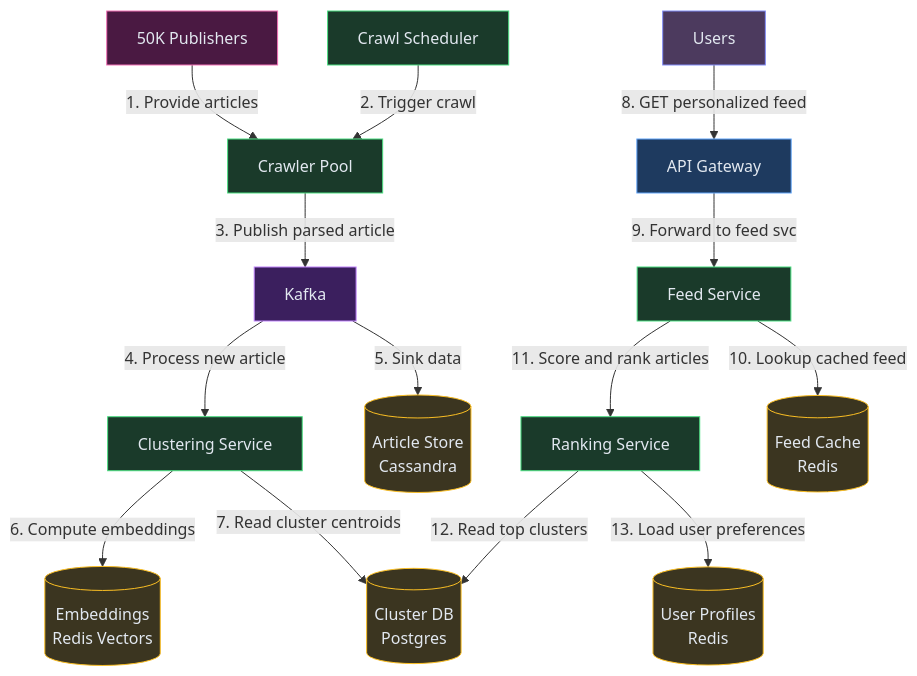
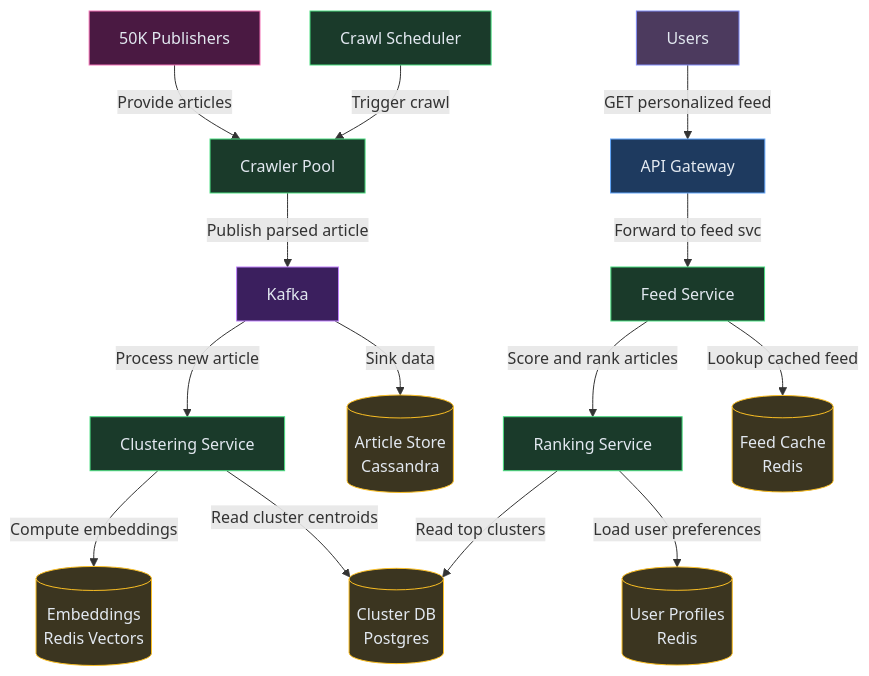
Before and after one commit to iluzn/HLD-Designs: the seventh of 7 diagrams in content/hld/NewsAggregator.md, drawn with Mermaid. The commit also changed 26 other files, not shown here.

First line of the commit message:
fix(hld): Remove confusing number prefixes from final architecture diagrams

````diff
--- a/content/hld/NewsAggregator.md
+++ b/content/hld/NewsAggregator.md
@@ -447,38 +447,38 @@
 ```mermaid
 flowchart TD
     SOURCES["50K Publishers"]:::external
     SCHED["Crawl Scheduler"]:::service
     WORKERS["Crawler Pool"]:::service
     KF["Kafka"]:::async
     CLUSTER["Clustering Service"]:::service
     EMBED[("Embeddings<br/>Redis Vectors")]:::data
     CLUSTERDB[("Cluster DB<br/>Postgres")]:::data
     ARTICLES[("Article Store<br/>Cassandra")]:::data
     FEED["Feed Service"]:::service
     RANK["Ranking Service"]:::service
     CACHE[("Feed Cache<br/>Redis")]:::data
     PROFILE[("User Profiles<br/>Redis")]:::data
     USER["Users"]:::client
     GW["API Gateway"]:::edge
 
-    SOURCES -->|"1. Provide articles"| WORKERS
-    SCHED -->|"2. Trigger crawl"| WORKERS
-    WORKERS -->|"3. Publish parsed article"| KF
-    KF -->|"4. Process new article"| CLUSTER
-    KF -->|"5. Sink data"| ARTICLES
-    CLUSTER -->|"6. Compute embeddings"| EMBED
-    CLUSTER -->|"7. Read cluster centroids"| CLUSTERDB
-    USER -->|"8. GET personalized feed"| GW
-    GW -->|"9. Forward to feed svc"| FEED
-    FEED -->|"10. Lookup cached feed"| CACHE
-    FEED -->|"11. Score and rank articles"| RANK
-    RANK -->|"12. Read top clusters"| CLUSTERDB
-    RANK -->|"13. Load user preferences"| PROFILE
+    SOURCES -->|"Provide articles"| WORKERS
+    SCHED -->|"Trigger crawl"| WORKERS
+    WORKERS -->|"Publish parsed article"| KF
+    KF -->|"Process new article"| CLUSTER
+    KF -->|"Sink data"| ARTICLES
+    CLUSTER -->|"Compute embeddings"| EMBED
+    CLUSTER -->|"Read cluster centroids"| CLUSTERDB
+    USER -->|"GET personalized feed"| GW
+    GW -->|"Forward to feed svc"| FEED
+    FEED -->|"Lookup cached feed"| CACHE
+    FEED -->|"Score and rank articles"| RANK
+    RANK -->|"Read top clusters"| CLUSTERDB
+    RANK -->|"Load user preferences"| PROFILE
 
     classDef client fill:#4c3a5e,stroke:#818cf8,color:#e2e8f0
     classDef edge fill:#1e3a5f,stroke:#60a5fa,color:#e2e8f0
     classDef service fill:#1a3a2a,stroke:#4ade80,color:#e2e8f0
     classDef data fill:#3b3520,stroke:#fbbf24,color:#e2e8f0
     classDef async fill:#3b1f5e,stroke:#c084fc,color:#e2e8f0
     classDef external fill:#4a1942,stroke:#f472b6,color:#e2e8f0
 ```
````
